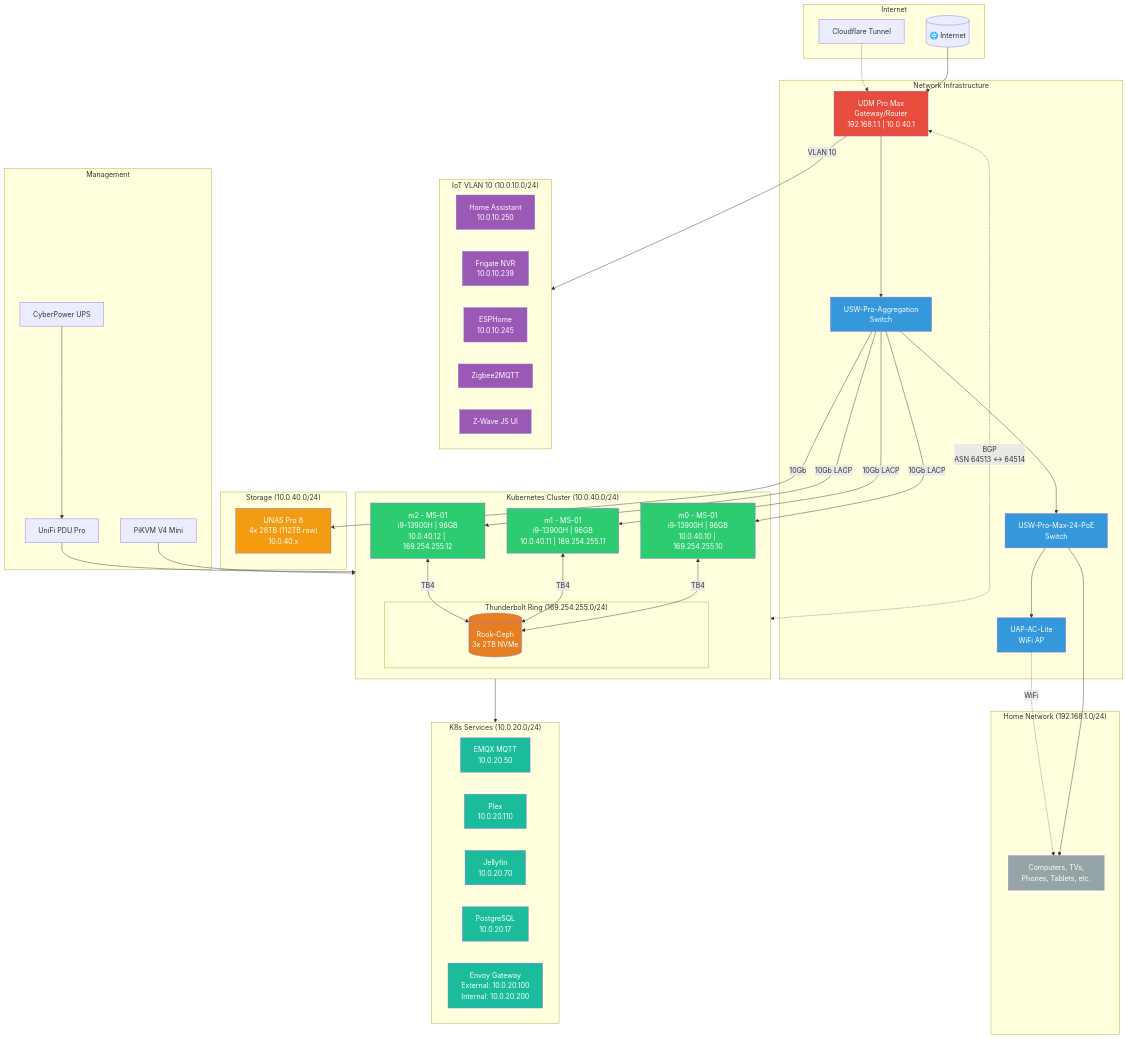
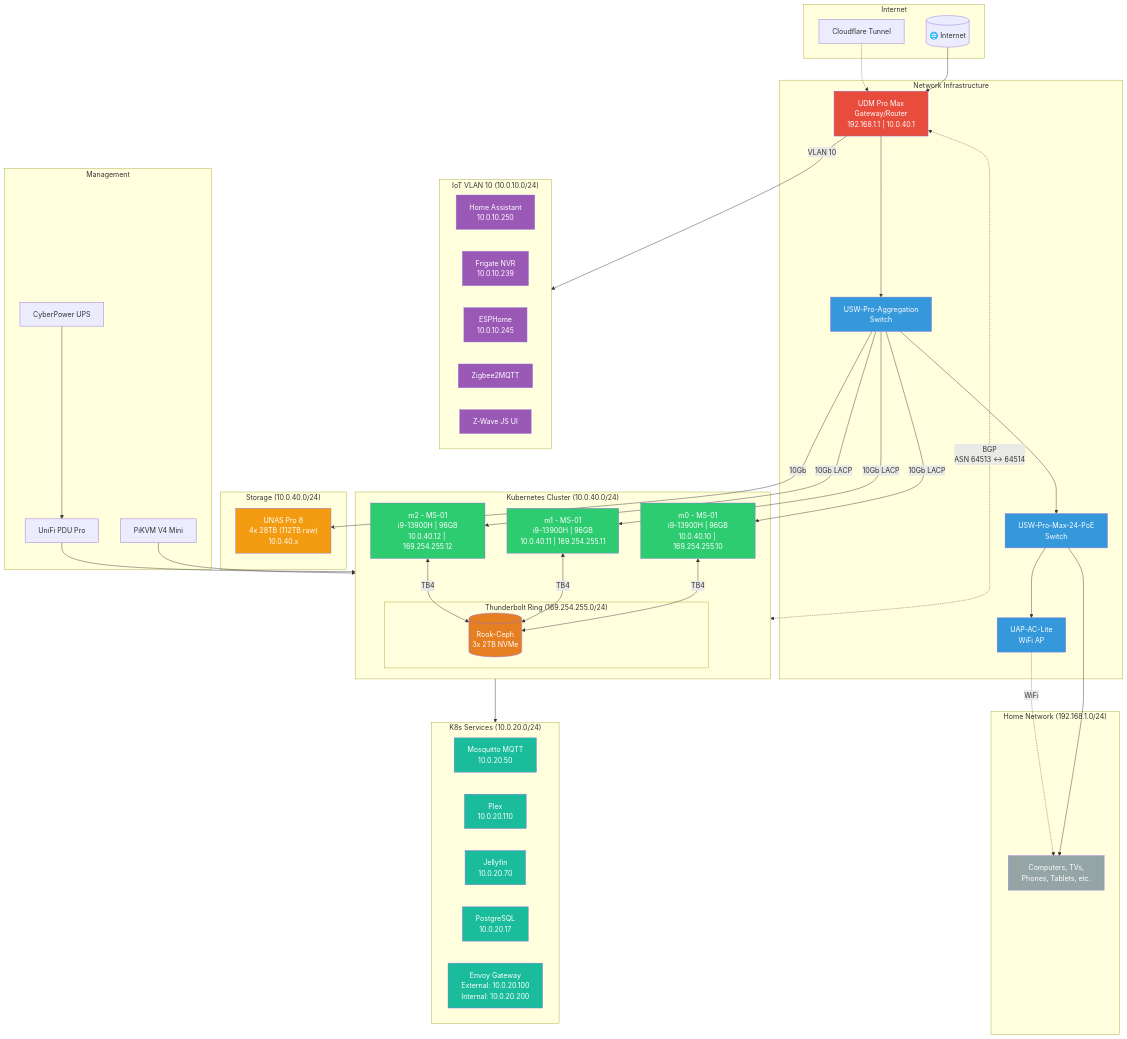
The first of 2 diagrams in docs/src/notes/networking.md (mchestr/home-cluster), drawn with Mermaid before and after one commit. The commit also changed 26 other files, not shown here.

First line of the commit message:
feat(mqtt): replace EMQX with Mosquitto

```diff
--- a/docs/src/notes/networking.md
+++ b/docs/src/notes/networking.md
@@ -45,7 +45,7 @@
     end
 
     subgraph Services["K8s Services (10.0.20.0/24)"]
-        MQTT["EMQX MQTT<br/>10.0.20.50"]
+        MQTT["Mosquitto MQTT<br/>10.0.20.50"]
         Plex["Plex<br/>10.0.20.110"]
         Jellyfin["Jellyfin<br/>10.0.20.70"]
         PG["PostgreSQL<br/>10.0.20.17"]
```
